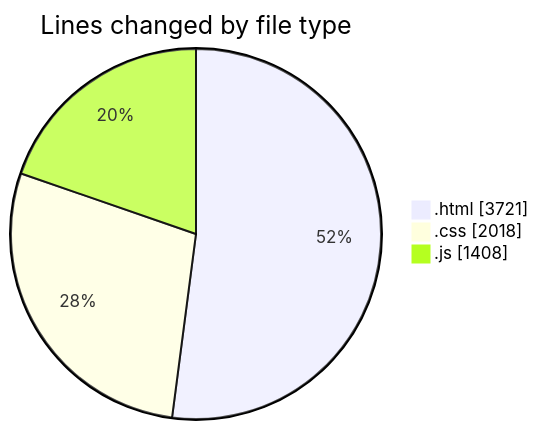
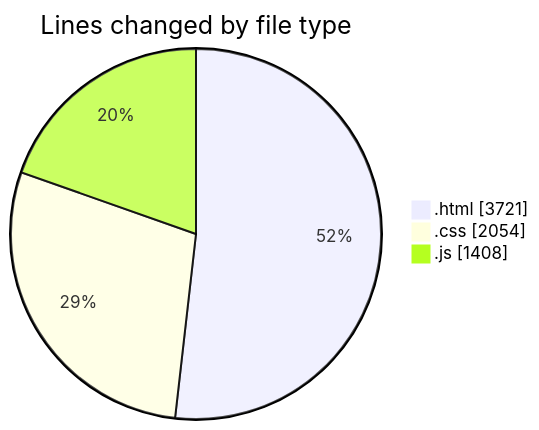
Before and after one commit to Ritupan-Deka/code-tracking: the first of 2 diagrams in 2025-05-24/projects/README.md, drawn with Mermaid. The commit also changed other lines of this file and 1 other file, not shown here.

````diff
--- a/2025-05-24/projects/README.md
+++ b/2025-05-24/projects/README.md
@@ -23,7 +23,7 @@
 ```mermaid
 pie showData
 title Lines changed by file type
 ".html" : 3721
-".css" : 2018
+".css" : 2054
 ".js" : 1408
 ```
````
